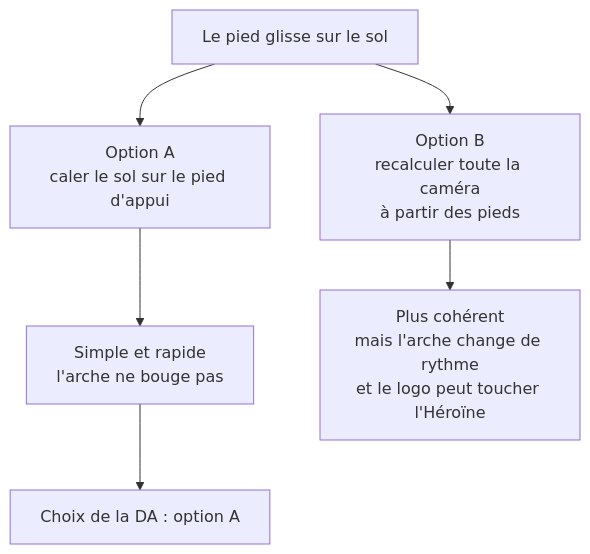
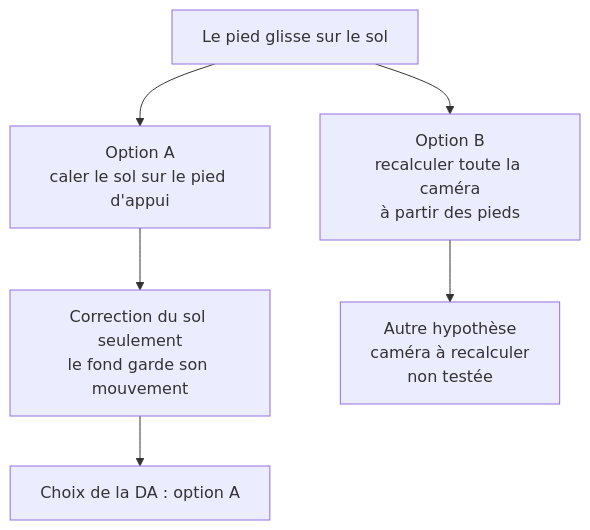
One commit to Bakann/faire-defiler-une-heroine changed the diagram in docs/08-les-pieds-qui-glissent.md. Above: the diagram before and after it, drawn with Mermaid. The commit also changed other lines of this file and 24 other files, not shown here.

````diff
--- a/docs/08-les-pieds-qui-glissent.md
+++ b/docs/08-les-pieds-qui-glissent.md
@@ -21,8 +21,8 @@
 ```mermaid
 flowchart TD
     P["Le pied glisse sur le sol"] --> A["Option A<br/>caler le sol sur le pied d'appui"]
     P --> B["Option B<br/>recalculer toute la caméra<br/>à partir des pieds"]
-    A --> A1["Simple et rapide<br/>l'arche ne bouge pas"]
-    B --> B1["Plus cohérent<br/>mais l'arche change de rythme<br/>et le logo peut toucher l'Héroïne"]
+    A --> A1["Correction du sol seulement<br/>le fond garde son mouvement"]
+    B --> B1["Autre hypothèse<br/>caméra à recalculer<br/>non testée"]
     A1 --> C["Choix de la DA : option A"]
 ```
````
